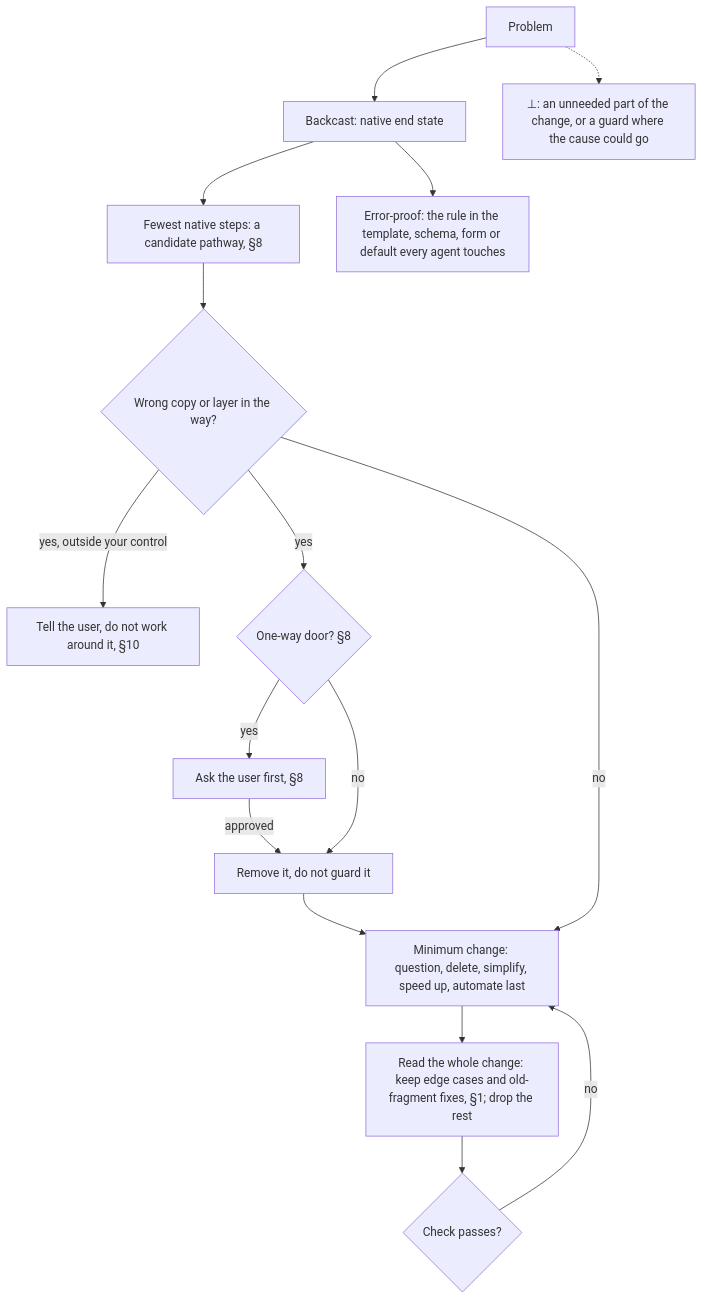
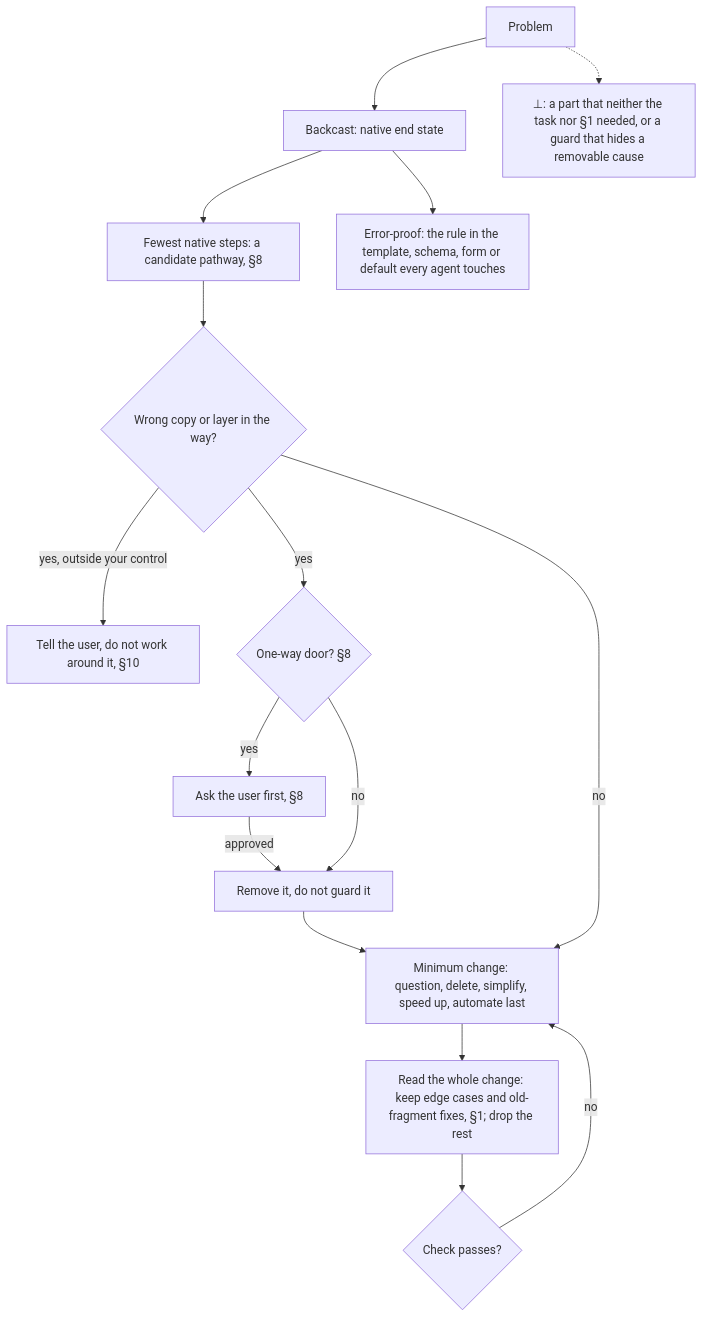
One commit to SolenixAI/arbiter changed the tenth of 14 diagrams in AGENTS.md. Above: the diagram before and after it, drawn with Mermaid. The commit also changed other lines of this file, not shown here.

````diff
--- a/AGENTS.md
+++ b/AGENTS.md
@@ -458,13 +458,13 @@
 ```mermaid
 flowchart TD
   P[Problem] --> E["Backcast: native end state"] --> N["Fewest native steps: a candidate pathway, §8"]
   E --> RB["Error-proof: the rule in the template, schema, form or default every agent touches"]
   N --> W{Wrong copy or layer in the way?}
   W -->|yes, outside your control| TU["Tell the user, do not work around it, §10"]
   W -->|yes| O{"One-way door? §8"}
   O -->|yes| AS["Ask the user first, §8"] -->|approved| X
   O -->|no| X["Remove it, do not guard it"] --> M
   W -->|no| M["Minimum change: question, delete, simplify, speed up, automate last"] --> D["Read the whole change: keep edge cases and old-fragment fixes, §1; drop the rest"] --> C{Check passes?}
   C -->|no| M
-  P -.-> BOT["⊥: an unneeded part of the change, or a guard where the cause could go"]
+  P -.-> BOT["⊥: a part that neither the task nor §1 needed, or a guard that hides a removable cause"]
 ```
````
